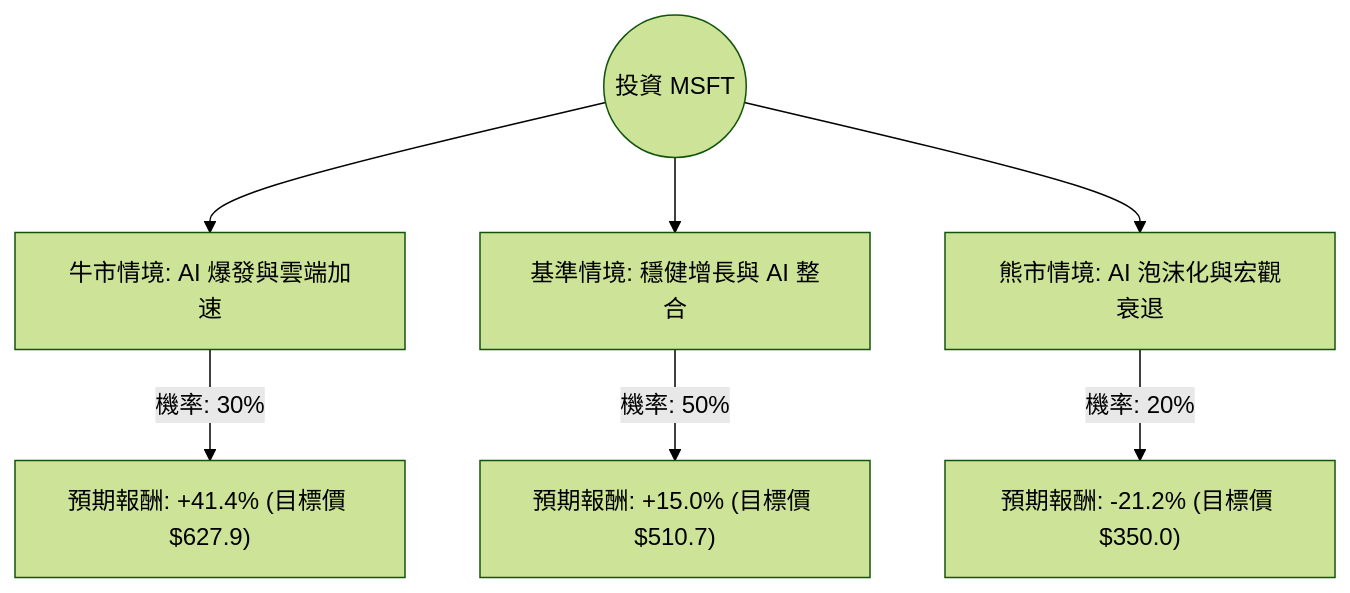
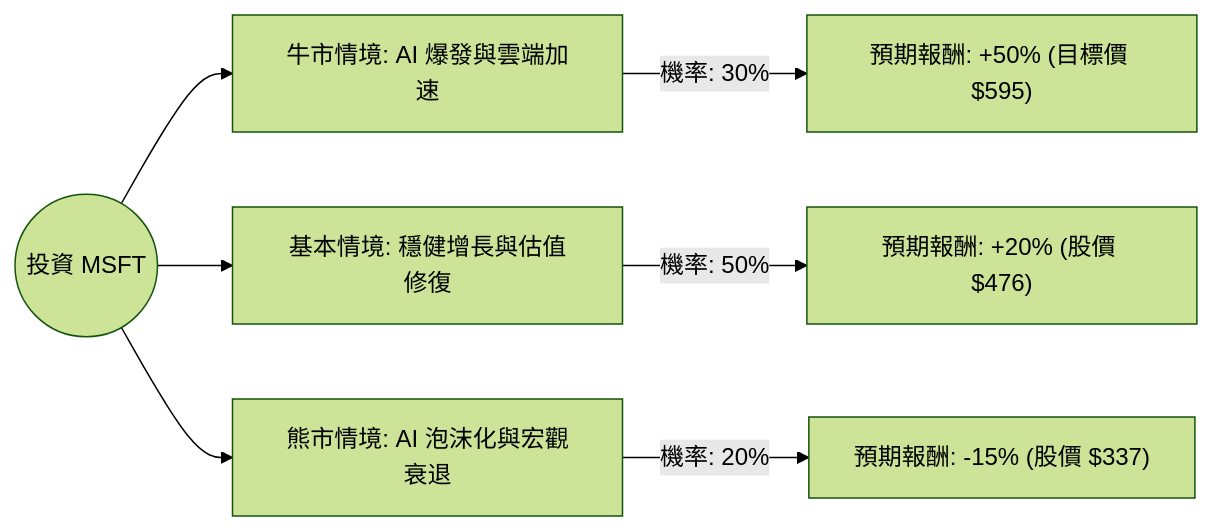
The diagram in plugin-react/ai-analysis/ev-analysis/MSFT.md (zmcx16/zmcx16.github.io), drawn with Mermaid (forest theme) before and after one commit. The commit also changed other lines of this file and 76 other files, not shown here.

````diff
--- a/plugin-react/ai-analysis/ev-analysis/MSFT.md
+++ b/plugin-react/ai-analysis/ev-analysis/MSFT.md
@@ -19,10 +19,10 @@
 ```mermaid
-graph TD
+graph LR
     Start((投資 MSFT)) --> Bull[牛市情境: AI 爆發與雲端加速]
-    Start --> Base[基準情境: 穩健增長與 AI 整合]
+    Start --> Base[基本情境: 穩健增長與估值修復]
     Start --> Bear[熊市情境: AI 泡沫化與宏觀衰退]
 
-    Bull -- "機率: 30%" --> BullResult["預期報酬: +41.4% (目標價 $627.9)"]
-    Base -- "機率: 50%" --> BaseResult["預期報酬: +15.0% (目標價 $510.7)"]
-    Bear -- "機率: 20%" --> BearResult["預期報酬: -21.2% (目標價 $350.0)"]
+    Bull -- "機率: 30%" --> BullResult["預期報酬: +50% (目標價 $595)"]
+    Base -- "機率: 50%" --> BaseResult["預期報酬: +20% (股價 $476)"]
+    Bear -- "機率: 20%" --> BearResult["預期報酬: -15% (股價 $337)"]
 ```
````
